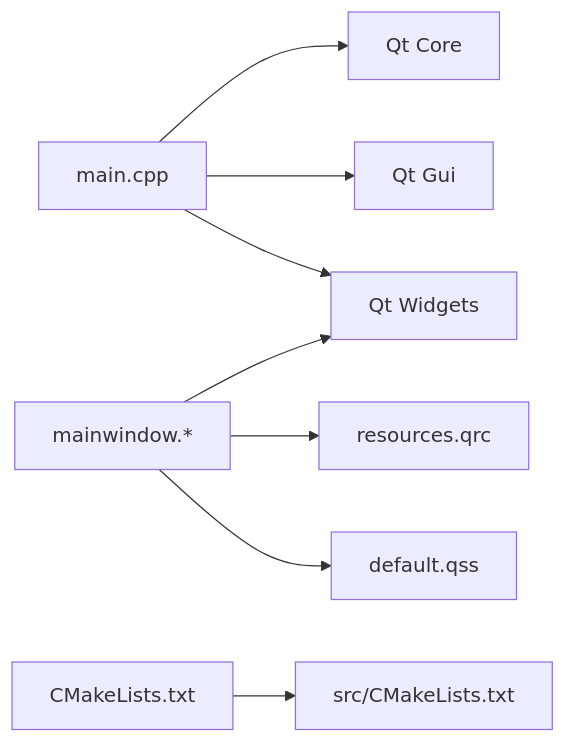
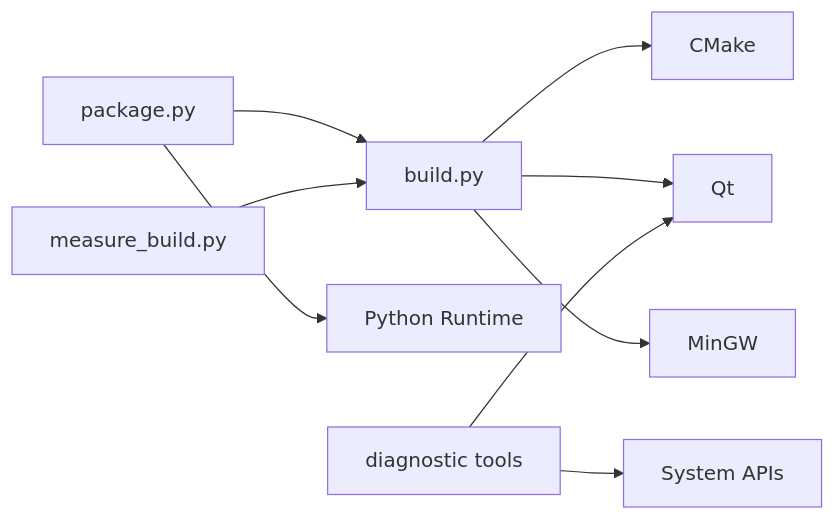
The third of 3 diagrams in .qoder/repowiki/zh/content/开发指南/开发工作流.md (jakecai1225-design/OpenBus), drawn with Mermaid before and after one commit. The commit also changed other lines of this file and 58 other files, not shown here.

````diff
--- a/.qoder/repowiki/zh/content/开发指南/开发工作流.md
+++ b/.qoder/repowiki/zh/content/开发指南/开发工作流.md
@@ -293,10 +322,11 @@
 ```mermaid
 graph LR
-Main["main.cpp"] --> QtCore["Qt Core"]
-Main --> QtGui["Qt Gui"]
-Main --> QtWidgets["Qt Widgets"]
-UI["mainwindow.*"] --> QtWidgets
-UI --> QRC["resources.qrc"]
-UI --> QSS["default.qss"]
-CMakeTop["CMakeLists.txt"] --> CMakeSrc["src/CMakeLists.txt"]
+Build["build.py"] --> CMake["CMake"]
+Build --> Qt["Qt"]
+Build --> MinGW["MinGW"]
+Package["package.py"] --> Build
+Package --> Python["Python Runtime"]
+Measure["measure_build.py"] --> Build
+Diag["diagnostic tools"] --> Qt
+Diag --> SystemAPI["System APIs"]
 ```
````
